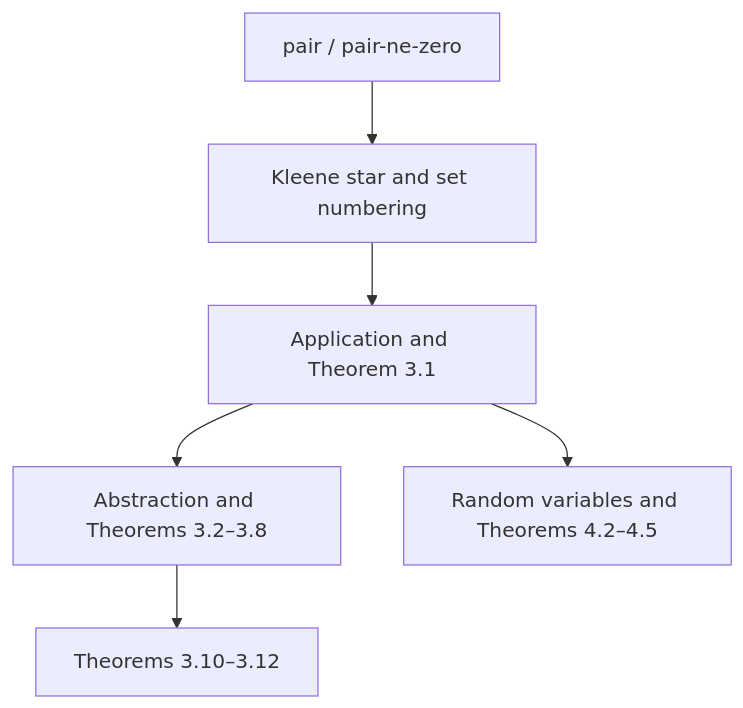
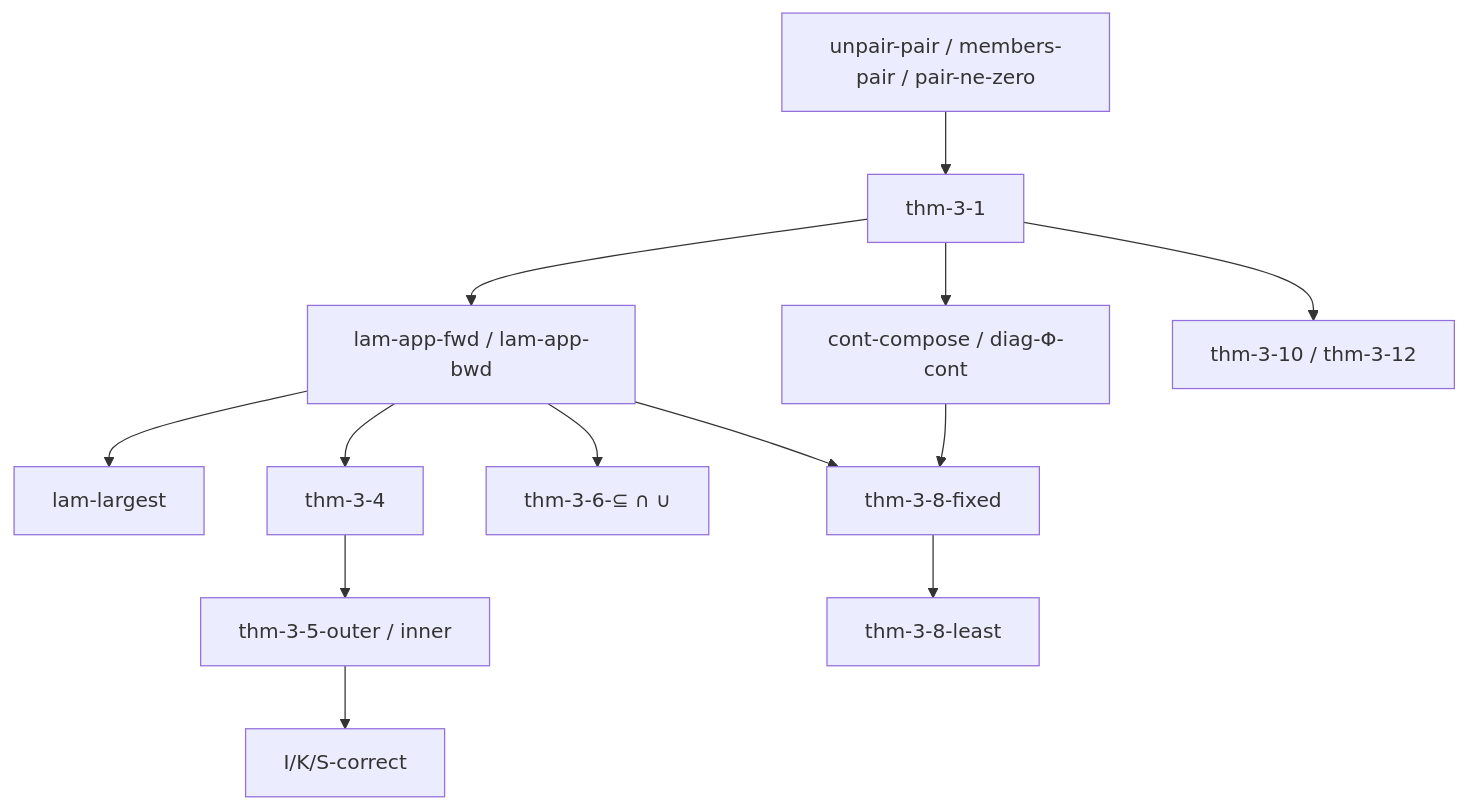
One commit to catskillsresearch/scott2013 changed the fourth of 7 diagrams in arxiv.md. Above: the diagram before and after it, drawn with Mermaid. The commit also changed other lines of this file and 6 other files, not shown here.

````diff
--- a/arxiv.md
+++ b/arxiv.md
@@ -135,15 +783,15 @@
 ```mermaid
 flowchart TD
-  Pair["pair / pair-ne-zero"]
-  Star["Kleene star and set numbering"]
-  App["Application and Theorem 3.1"]
-  Lam["Abstraction and Theorems 3.2–3.8"]
-  Top["Theorems 3.10–3.12"]
-  RV["Random variables and Theorems 4.2–4.5"]
-
-  Pair --> Star
-  Star --> App
-  App --> Lam
-  Lam --> Top
-  App --> RV
+  Pair["unpair-pair / members-pair / pair-ne-zero"] --> T31["thm-3-1"]
+  T31 --> LamApp["lam-app-fwd / lam-app-bwd"]
+  LamApp --> LamMax["lam-largest"]
+  LamApp --> T34["thm-3-4"]
+  T34 --> T35["thm-3-5-outer / inner"]
+  LamApp --> T36["thm-3-6-⊆ ∩ ∪"]
+  T31 --> ContComp["cont-compose / diag-Φ-cont"]
+  ContComp --> T38fix["thm-3-8-fixed"]
+  LamApp --> T38fix
+  T38fix --> T38least["thm-3-8-least"]
+  T35 --> IKS["I/K/S-correct"]
+  T31 --> Top["thm-3-10 / thm-3-12"]
 ```
````
